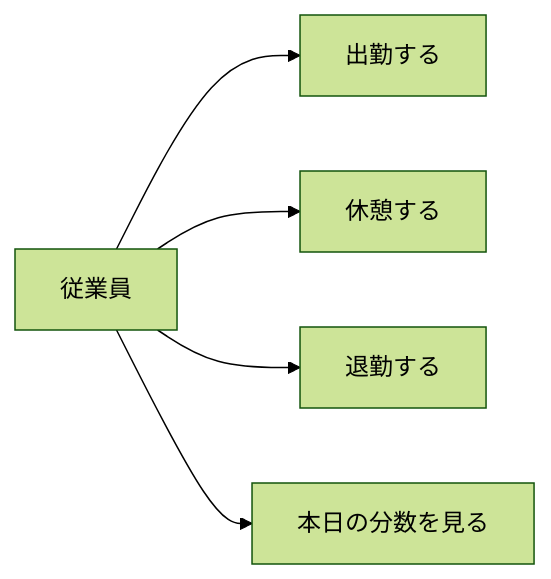
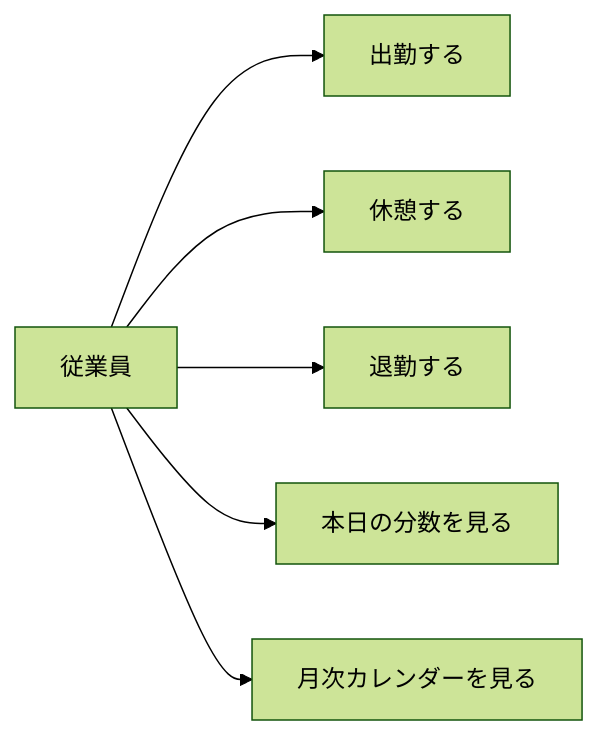
The first of 7 diagrams in portfolio-plan/attendance/docs/06-diagrams.md (maeplego/portfolio-plan), drawn with Mermaid (forest theme) before and after one commit. The commit also changed other lines of this file and 111 other files, not shown here.

````diff
--- a/portfolio-plan/attendance/docs/06-diagrams.md
+++ b/portfolio-plan/attendance/docs/06-diagrams.md
@@ -13,8 +12,9 @@
 ```mermaid
 flowchart LR
   Emp[従業員]
   Emp --> UC1[出勤する]
   Emp --> UC2[休憩する]
   Emp --> UC3[退勤する]
   Emp --> UC4[本日の分数を見る]
+  Emp --> UC5[月次カレンダーを見る]
 ```
````
